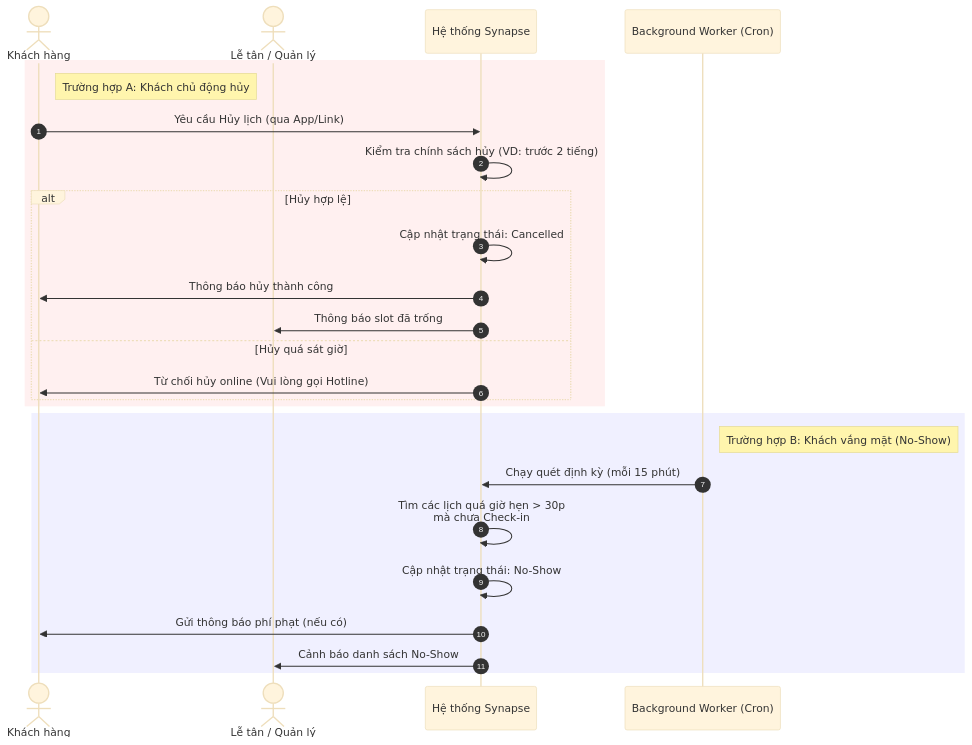
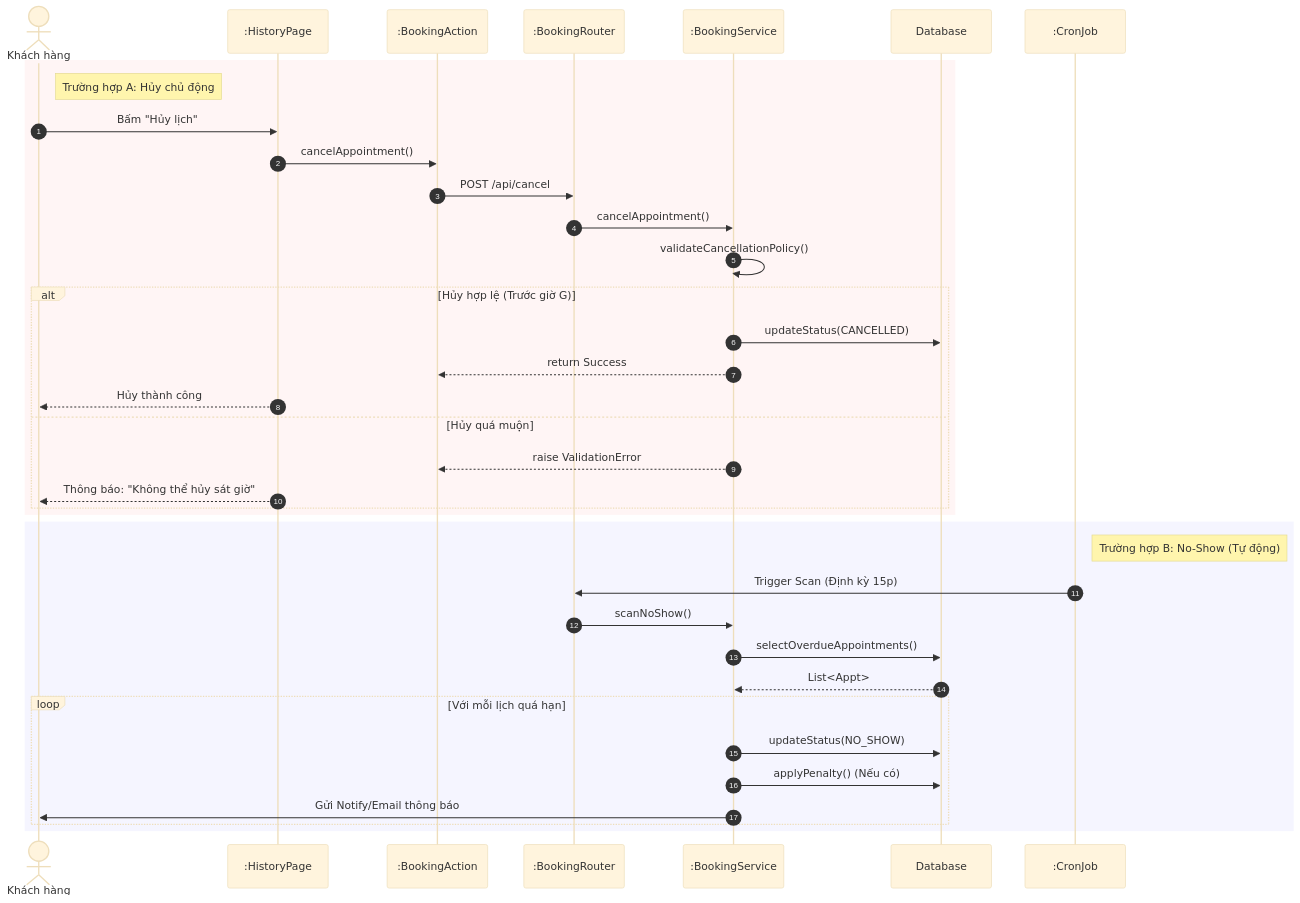
The third of 3 diagrams in docs/design/sequence_diagrams.md (ngoctinn/Synapse), drawn with Mermaid before and after one commit. The commit also changed other lines of this file and 1 other file, not shown here.

Commit message:
docs: Add detailed sequence diagrams for core Synapse system flows including booking, service, and cancellation.

````diff
--- a/docs/design/sequence_diagrams.md
+++ b/docs/design/sequence_diagrams.md
@@ -92,31 +115,44 @@
 ```mermaid
 %%{init: {'theme': 'base', 'themeVariables': { 'fontFamily': 'Times New Roman'}}}%%
 sequenceDiagram
     autonumber
     actor User as Khách hàng
-    actor Admin as Lễ tân / Quản lý
-    participant System as Hệ thống Synapse
-    participant Job as Background Worker (Cron)
+    participant View as :HistoryPage
+    participant Action as :BookingAction
+    participant Router as :BookingRouter
+    participant Service as :BookingService
+    participant DB as Database
+    participant Job as :CronJob
 
-    rect rgb(255, 240, 240)
-        Note right of User: Trường hợp A: Khách chủ động hủy
-        User->>System: Yêu cầu Hủy lịch (qua App/Link)
-        System->>System: Kiểm tra chính sách hủy (VD: trước 2 tiếng)
-        alt Hủy hợp lệ
-            System->>System: Cập nhật trạng thái: Cancelled
-            System->>User: Thông báo hủy thành công
-            System->>Admin: Thông báo slot đã trống
-        else Hủy quá sát giờ
-            System->>User: Từ chối hủy online (Vui lòng gọi Hotline)
+    rect rgb(255, 245, 245)
+        Note right of User: Trường hợp A: Hủy chủ động
+        User->>View: Bấm "Hủy lịch"
+        View->>Action: cancelAppointment()
+        Action->>Router: POST /api/cancel
+        Router->>Service: cancelAppointment()
+        Service->>Service: validateCancellationPolicy()
+
+        alt Hủy hợp lệ (Trước giờ G)
+            Service->>DB: updateStatus(CANCELLED)
+            Service-->>Action: return Success
+            View-->>User: Hủy thành công
+        else Hủy quá muộn
+            Service-->>Action: raise ValidationError
+            View-->>User: Thông báo: "Không thể hủy sát giờ"
         end
     end
 
-    rect rgb(240, 240, 255)
-        Note right of Job: Trường hợp B: Khách vắng mặt (No-Show)
-        Job->>System: Chạy quét định kỳ (mỗi 15 phút)
-        System->>System: Tìm các lịch quá giờ hẹn > 30p<br/>mà chưa Check-in
-        System->>System: Cập nhật trạng thái: No-Show
-        System->>User: Gửi thông báo phí phạt (nếu có)
-        System->>Admin: Cảnh báo danh sách No-Show
+    rect rgb(245, 245, 255)
+        Note right of Job: Trường hợp B: No-Show (Tự động)
+        Job->>Router: Trigger Scan (Định kỳ 15p)
+        Router->>Service: scanNoShow()
+        Service->>DB: selectOverdueAppointments()
+        DB-->>Service: List<Appt>
+
+        loop Với mỗi lịch quá hạn
+            Service->>DB: updateStatus(NO_SHOW)
+            Service->>DB: applyPenalty() (Nếu có)
+            Service->>User: Gửi Notify/Email thông báo
+        end
     end
 ```
````
